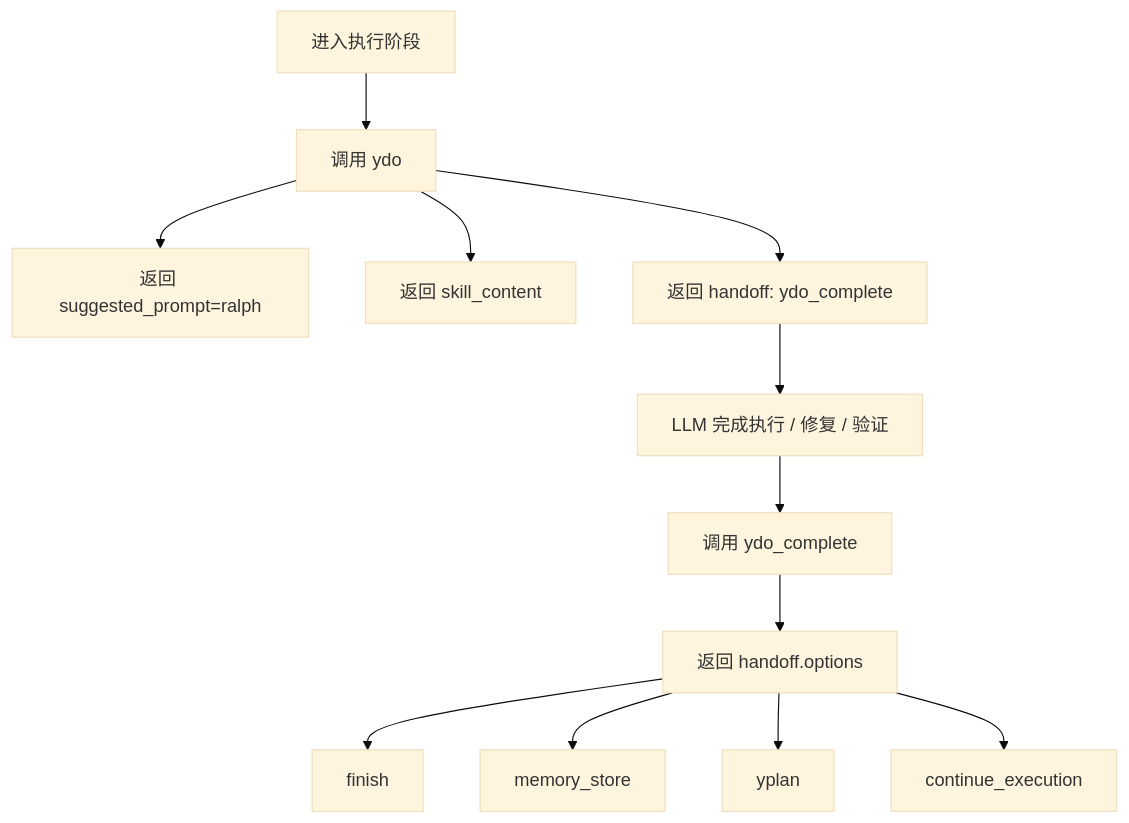
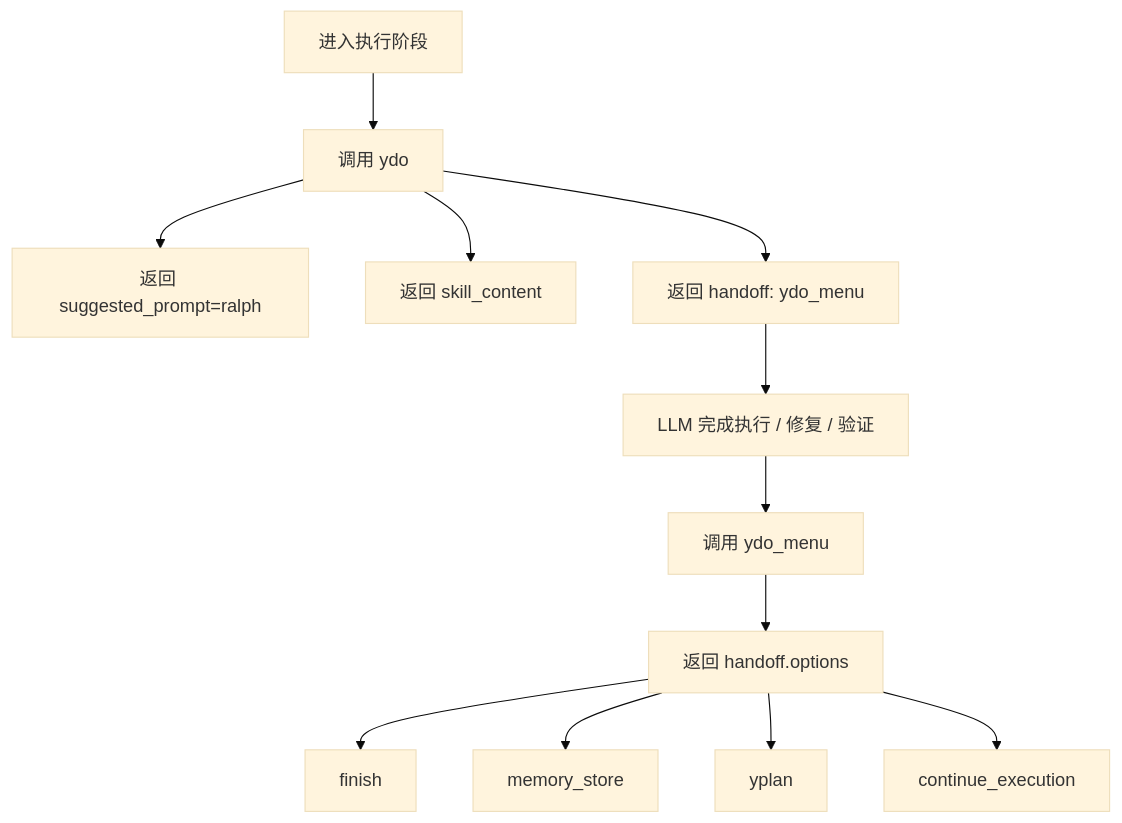
One commit to CodeyLife/Ymcp changed the fifth of 5 diagrams in docs/current-workflow-flowcharts.md. Above: the diagram before and after it, drawn with Mermaid (base theme). The commit also changed other lines of this file and 40 other files, not shown here.

````diff
--- a/docs/current-workflow-flowcharts.md
+++ b/docs/current-workflow-flowcharts.md
@@ -97,14 +97,14 @@
 ```mermaid
 flowchart TD
     A[进入执行阶段] --> B[调用 ydo]
     B --> C[返回 suggested_prompt=ralph]
     B --> D[返回 skill_content]
-    B --> E[返回 handoff: ydo_complete]
+    B --> E[返回 handoff: ydo_menu]
     E --> F[LLM 完成执行 / 修复 / 验证]
-    F --> G[调用 ydo_complete]
+    F --> G[调用 ydo_menu]
     G --> H[返回 handoff.options]
     H --> I[finish]
     H --> J[memory_store]
     H --> K[yplan]
     H --> L[continue_execution]
 ```
````
